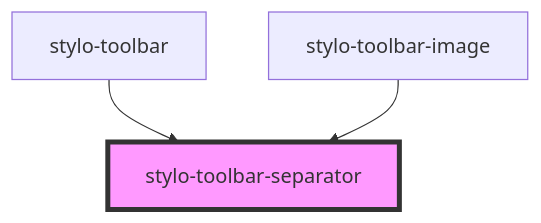
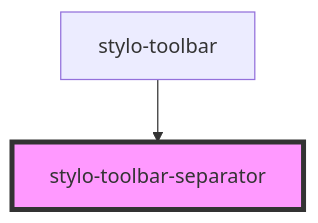
Before and after one commit to peterpeterparker/stylo: the diagram in src/components/toolbars/toolbar/separator/readme.md, drawn with Mermaid. The commit also changed other lines of this file and 9 other files, not shown here.

````diff
--- a/src/components/toolbars/toolbar/separator/readme.md
+++ b/src/components/toolbars/toolbar/separator/readme.md
@@ -14,6 +13,5 @@
 ```mermaid
 graph TD;
   stylo-toolbar --> stylo-toolbar-separator
-  stylo-toolbar-image --> stylo-toolbar-separator
   style stylo-toolbar-separator fill:#f9f,stroke:#333,stroke-width:4px
 ```
````
